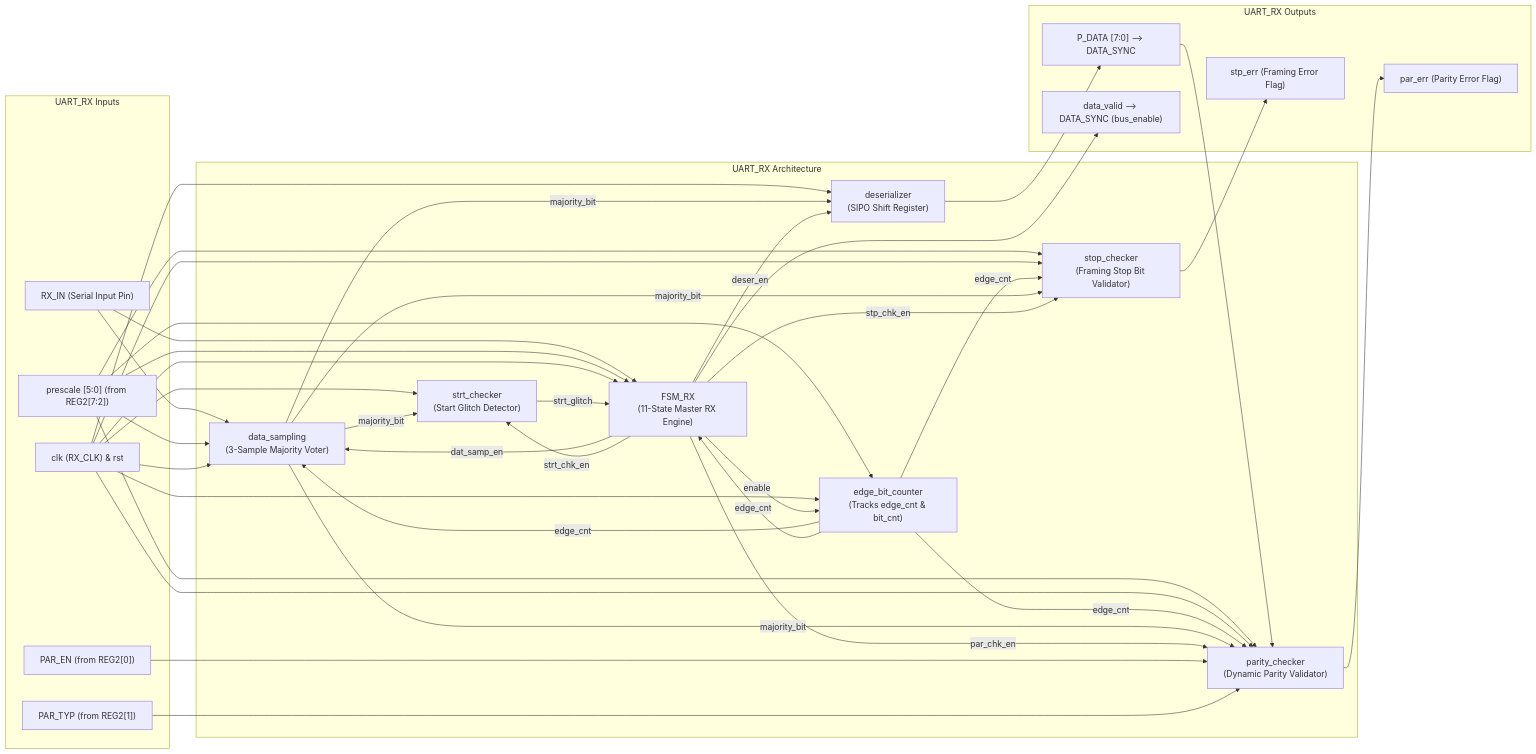
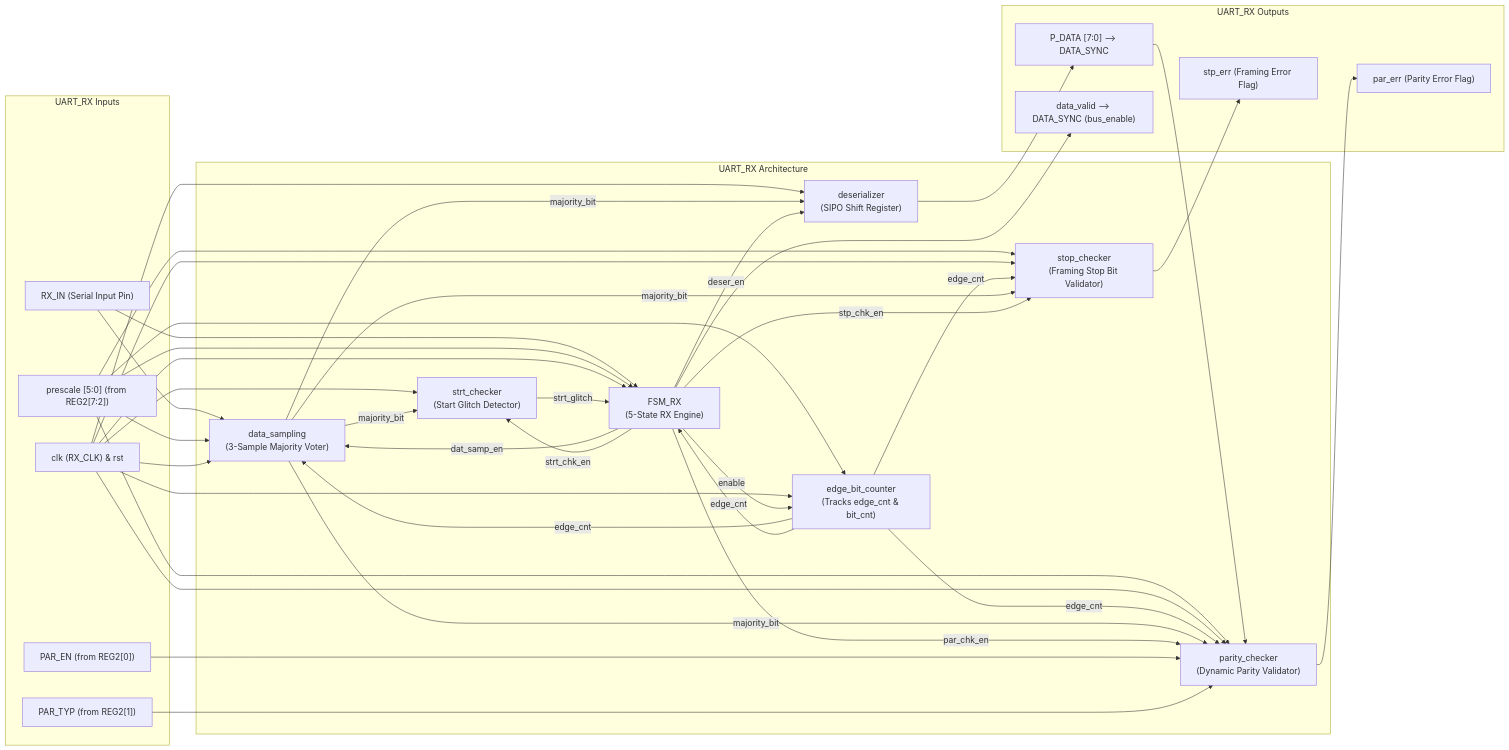
One commit to ahmedbadwy77/Low-Power-Multi-Clock-Digital-Communication-System changed the ninth of 15 diagrams in README.md. Above: the diagram before and after it, drawn with Mermaid. The commit also changed other lines of this file, not shown here.

````diff
--- a/README.md
+++ b/README.md
@@ -476,52 +495,52 @@
 ```mermaid
 flowchart LR
     subgraph Inputs["UART_RX Inputs"]
         RX_IN["RX_IN (Serial Input Pin)"]
         prescale["prescale [5:0] (from REG2[7:2])"]
         PAR_EN["PAR_EN (from REG2[0])"]
         PAR_TYP["PAR_TYP (from REG2[1])"]
         clk_rst["clk (RX_CLK) & rst"]
     end
 
     subgraph Core_Blocks["UART_RX Architecture"]
         CNT["edge_bit_counter<br/>(Tracks edge_cnt & bit_cnt)"]
         SAMP["data_sampling<br/>(3-Sample Majority Voter)"]
         STRT["strt_checker<br/>(Start Glitch Detector)"]
         DESER["deserializer<br/>(SIPO Shift Register)"]
         PAR_CHK["parity_checker<br/>(Dynamic Parity Validator)"]
         STP_CHK["stop_checker<br/>(Framing Stop Bit Validator)"]
-        FSM["FSM_RX<br/>(11-State Master RX Engine)"]
+        FSM["FSM_RX<br/>(5-State RX Engine)"]
     end
 
     subgraph Outputs["UART_RX Outputs"]
         P_DATA["P_DATA [7:0] --> DATA_SYNC"]
         data_valid["data_valid --> DATA_SYNC (bus_enable)"]
         par_err["par_err (Parity Error Flag)"]
         stp_err["stp_err (Framing Error Flag)"]
     end
 
     RX_IN --> SAMP & FSM
     prescale --> CNT & SAMP & PAR_CHK & STP_CHK & FSM
     clk_rst --> CNT & SAMP & STRT & DESER & PAR_CHK & STP_CHK & FSM
 
     FSM -- "enable" --> CNT
     CNT -- "edge_cnt" --> SAMP & PAR_CHK & STP_CHK & FSM
     FSM -- "dat_samp_en" --> SAMP
     SAMP -- "majority_bit" --> STRT & DESER & PAR_CHK & STP_CHK
 
     FSM -- "strt_chk_en" --> STRT
     STRT -- "strt_glitch" --> FSM
 
     FSM -- "deser_en" --> DESER
     DESER --> P_DATA
 
     FSM -- "par_chk_en" --> PAR_CHK
     PAR_EN & PAR_TYP --> PAR_CHK
     P_DATA --> PAR_CHK
     PAR_CHK --> par_err
 
     FSM -- "stp_chk_en" --> STP_CHK
     STP_CHK --> stp_err
 
     FSM --> data_valid
 ```
````
